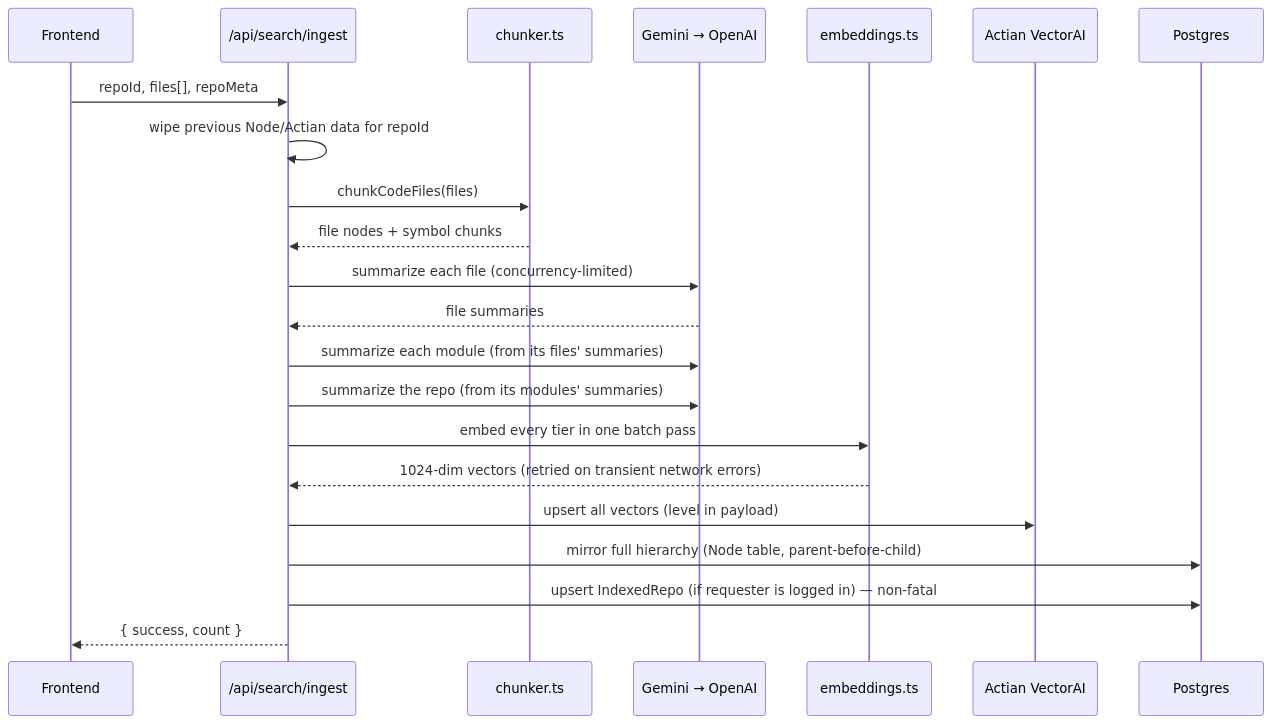
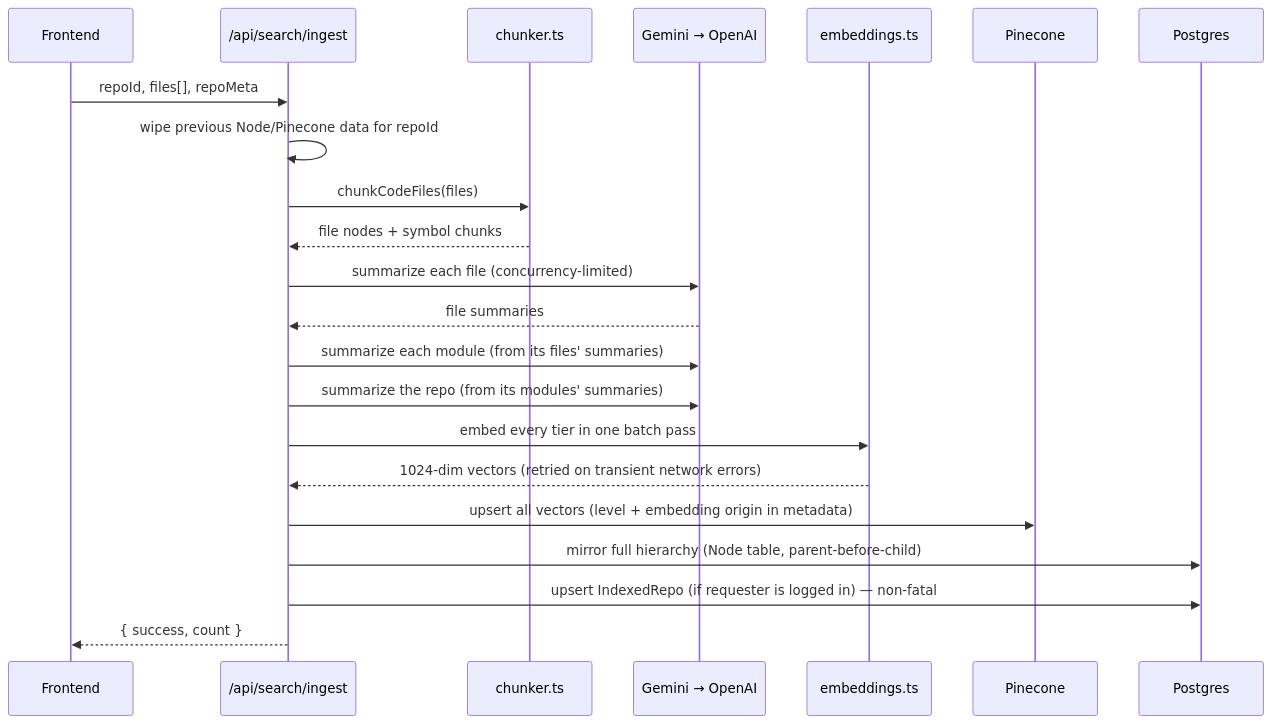
Before and after one commit to arpan7sarkar/GitPlus: the fourth of 6 diagrams in README.md, drawn with Mermaid. The commit also changed other lines of this file and 4 other files, not shown here.

````diff
--- a/README.md
+++ b/README.md
@@ -223,25 +222,25 @@
 ```mermaid
 sequenceDiagram
     participant FE as Frontend
     participant API as /api/search/ingest
     participant Chunk as chunker.ts
     participant LLM as Gemini → OpenAI
     participant Embed as embeddings.ts
-    participant Actian as Actian VectorAI
+    participant Pinecone as Pinecone
     participant PG as Postgres
 
     FE->>API: repoId, files[], repoMeta
-    API->>API: wipe previous Node/Actian data for repoId
+    API->>API: wipe previous Node/Pinecone data for repoId
     API->>Chunk: chunkCodeFiles(files)
     Chunk-->>API: file nodes + symbol chunks
     API->>LLM: summarize each file (concurrency-limited)
     LLM-->>API: file summaries
     API->>LLM: summarize each module (from its files' summaries)
     API->>LLM: summarize the repo (from its modules' summaries)
     API->>Embed: embed every tier in one batch pass
     Embed-->>API: 1024-dim vectors (retried on transient network errors)
-    API->>Actian: upsert all vectors (level in payload)
+    API->>Pinecone: upsert all vectors (level + embedding origin in metadata)
     API->>PG: mirror full hierarchy (Node table, parent-before-child)
     API->>PG: upsert IndexedRepo (if requester is logged in) — non-fatal
     API-->>FE: { success, count }
 ```
````
